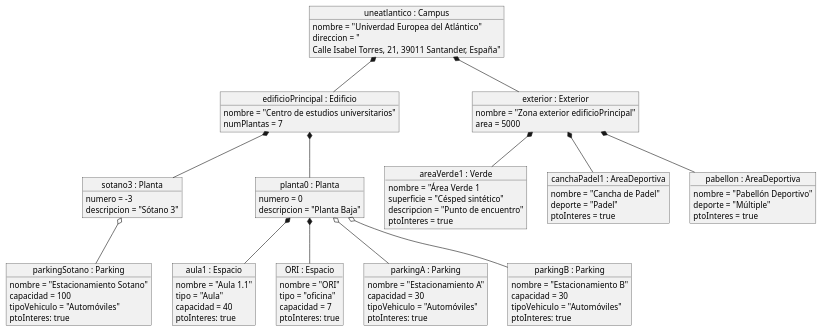
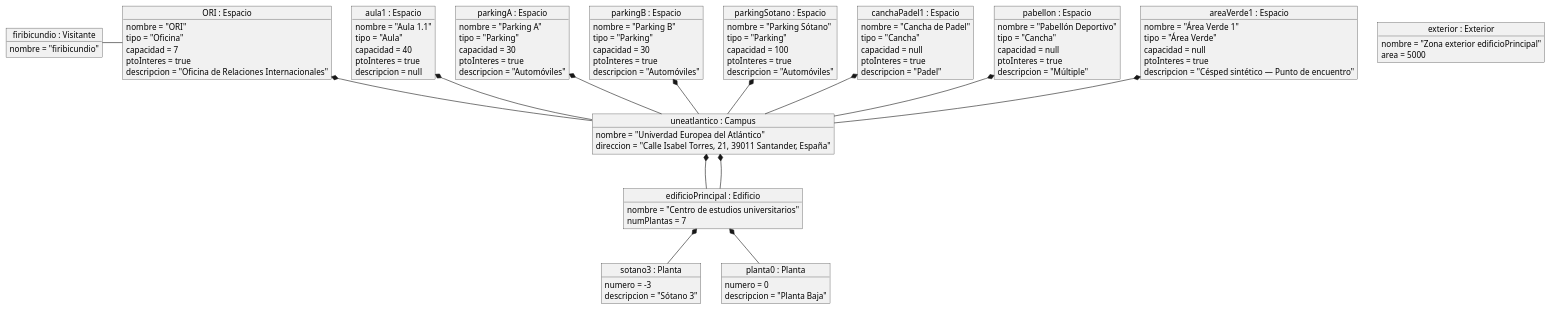
Before and after one commit to Camila-Lesly/25-26-idsw1-sdr: the diagram in documentos/00-modeloDeDominio/DiagramaDeObjetos/diagramaDeObjetos.puml, drawn with PlantUML. The commit also changed 1 other file, not shown here.

Commit message:
fix: updating object diagram to follow diagram class standard

```diff
--- a/documentos/00-modeloDeDominio/DiagramaDeObjetos/diagramaDeObjetos.puml
+++ b/documentos/00-modeloDeDominio/DiagramaDeObjetos/diagramaDeObjetos.puml
@@ -1,100 +1,115 @@
 @startuml
+
+object "firibicundio : Visitante" as firibicundio {
+    nombre = "firibicundio"
+}
+
+object "aula1 : Espacio" as aula1 {
+    nombre = "Aula 1.1"
+    tipo = "Aula"
+    capacidad = 40
+    ptoInteres = true
+    descripcion = null
+}
+
+object "ORI : Espacio" as ORI {
+    nombre = "ORI"
+    tipo = "Oficina"
+    capacidad = 7
+    ptoInteres = true
+    descripcion = "Oficina de Relaciones Internacionales"
+}
+
+object "parkingA : Espacio" as parkingA {
+    nombre = "Parking A"
+    tipo = "Parking"
+    capacidad = 30
+    ptoInteres = true
+    descripcion = "Automóviles"
+}
+
+object "parkingB : Espacio" as parkingB {
+    nombre = "Parking B"
+    tipo = "Parking"
+    capacidad = 30
+    ptoInteres = true
+    descripcion = "Automóviles"
+}
+
+object "parkingSotano : Espacio" as parkingSotano {
+    nombre = "Parking Sótano"
+    tipo = "Parking"
+    capacidad = 100
+    ptoInteres = true
+    descripcion = "Automóviles"
+}
+
+object "canchaPadel1 : Espacio" as canchaPadel1 {
+    nombre = "Cancha de Padel"
+    tipo = "Cancha"
+    capacidad = null
+    ptoInteres = true
+    descripcion = "Padel"
+}
+
+object "pabellon : Espacio" as pabellon {
+    nombre = "Pabellón Deportivo"
+    tipo = "Cancha"
+    capacidad = null
+    ptoInteres = true
+    descripcion = "Múltiple"
+}
+
+object "areaVerde1 : Espacio" as areaVerde1 {
+    nombre = "Área Verde 1"
+    tipo = "Área Verde"
+    capacidad = null
+    ptoInteres = true
+    descripcion = "Césped sintético — Punto de encuentro"
+}
 
 object "uneatlantico : Campus" as uneatlantico {
     nombre = "Univerdad Europea del Atlántico"
-    direccion = "
-    Calle Isabel Torres, 21, 39011 Santander, España"
+    direccion = "Calle Isabel Torres, 21, 39011 Santander, España"
+}
+
+object "exterior : Exterior" as exterior {
+    nombre = "Zona exterior edificioPrincipal"
+    area = 5000
 }
 
 object "edificioPrincipal : Edificio" as edificioPrincipal {
     nombre = "Centro de estudios universitarios"
     numPlantas = 7
 }
 
 object "sotano3 : Planta" as sotano3 {
     numero = -3
     descripcion = "Sótano 3"
 }
 
 object "planta0 : Planta" as planta0 {
     numero = 0
     descripcion = "Planta Baja"
 }
 
-object "aula1 : Espacio" as aula1 {
-    nombre = "Aula 1.1"
-    tipo = "Aula"
-    capacidad = 40
-    ptoInteres: true
-}
+firibicundio -right- ORI
 
-object "ORI : Espacio" as ORI {
-    nombre = "ORI"
-    tipo = "oficina"
-    capacidad = 7
-    ptoInteres: true
-}
+aula1 *-- uneatlantico
+ORI *-- uneatlantico
 
-object "parkingA : Parking" as parkingA {
-    nombre = "Estacionamiento A"
-    capacidad = 30
-    tipoVehiculo = "Automóviles"
-    ptoInteres: true
-}
+parkingSotano *-- uneatlantico
+parkingA *-- uneatlantico
+parkingB *-- uneatlantico
 
-object "parkingB : Parking" as parkingB {
-    nombre = "Estacionamiento B"
-    capacidad = 30
-    tipoVehiculo = "Automóviles"
-    ptoInteres: true
-}
-
-object "parkingSotano : Parking" as parkingSotano {
-    nombre = "Estacionamiento Sotano"
-    capacidad = 100
-    tipoVehiculo = "Automóviles"
-    ptoInteres: true
-}
-
-object "exterior : Exterior" as exterior {
-    nombre = "Zona exterior edificioPrincipal"
-    area = 5000
-}
-
-object "areaVerde1 : Verde" as areaVerde1 {
-    nombre = "Área Verde 1
-    superficie = "Césped sintético"
-    descripcion = "Punto de encuentro"
-    ptoInteres = true
-}
-
-object "canchaPadel1 : AreaDeportiva" as canchaPadel1 {
-    nombre = "Cancha de Padel"
-    deporte = "Padel"
-    ptoInteres = true
-}
-
-object "pabellon : AreaDeportiva" as pabellon {
-    nombre = "Pabellón Deportivo"
-    deporte = "Múltiple"
-    ptoInteres = true
-}
+areaVerde1 *-- uneatlantico
+canchaPadel1 *-- uneatlantico
+pabellon *-- uneatlantico
 
 uneatlantico *-- edificioPrincipal
-uneatlantico *-- exterior
+uneatlantico *-- edificioPrincipal
 
 edificioPrincipal *-- sotano3
 edificioPrincipal *-- planta0
 
-planta0 *-- aula1
-planta0 *-- ORI
-sotano3 o-- parkingSotano
-
-planta0 o-- parkingA
-planta0 o-- parkingB
-
-exterior *-- areaVerde1
-exterior *-- canchaPadel1
-exterior *-- pabellon
-
 @enduml
```
